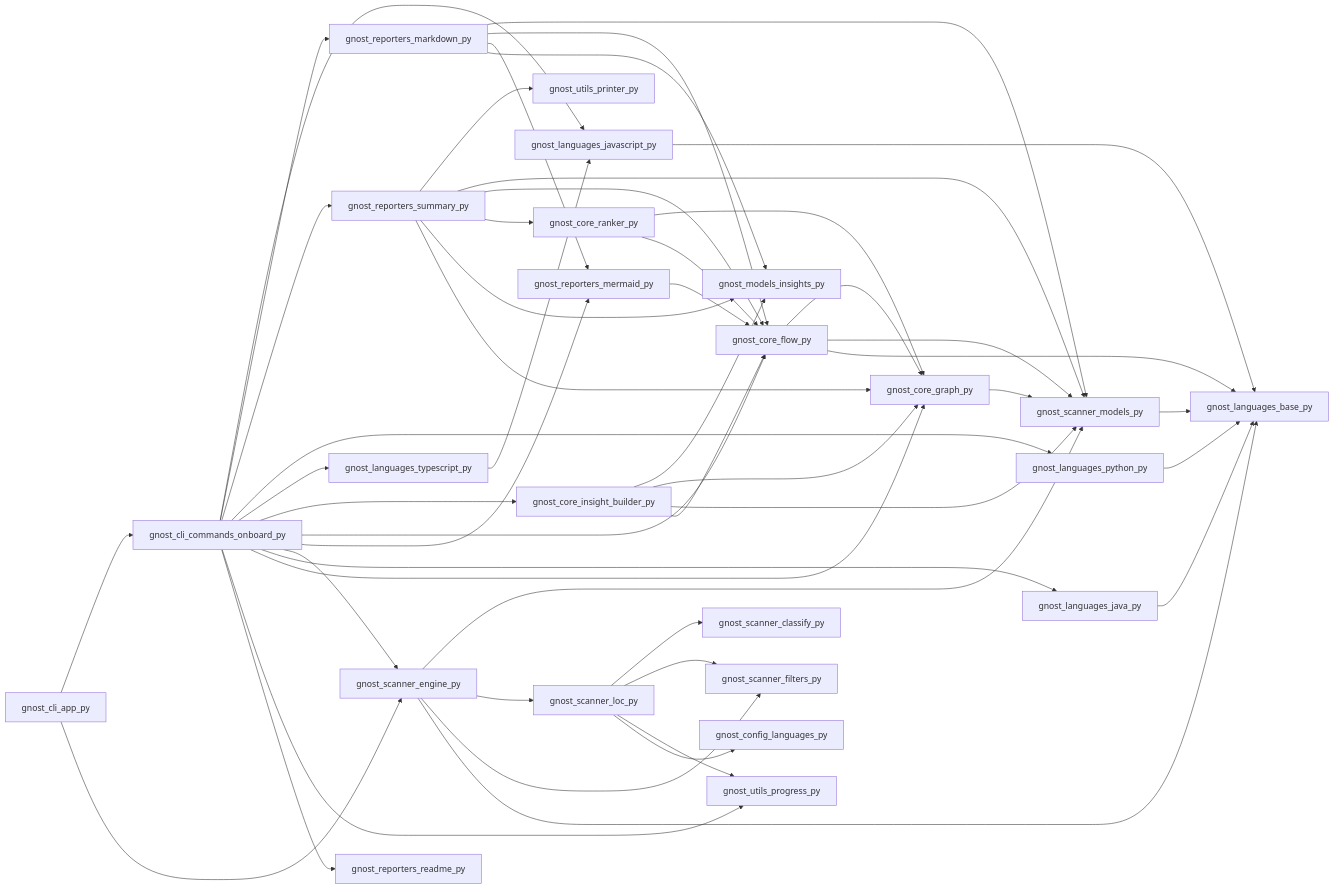
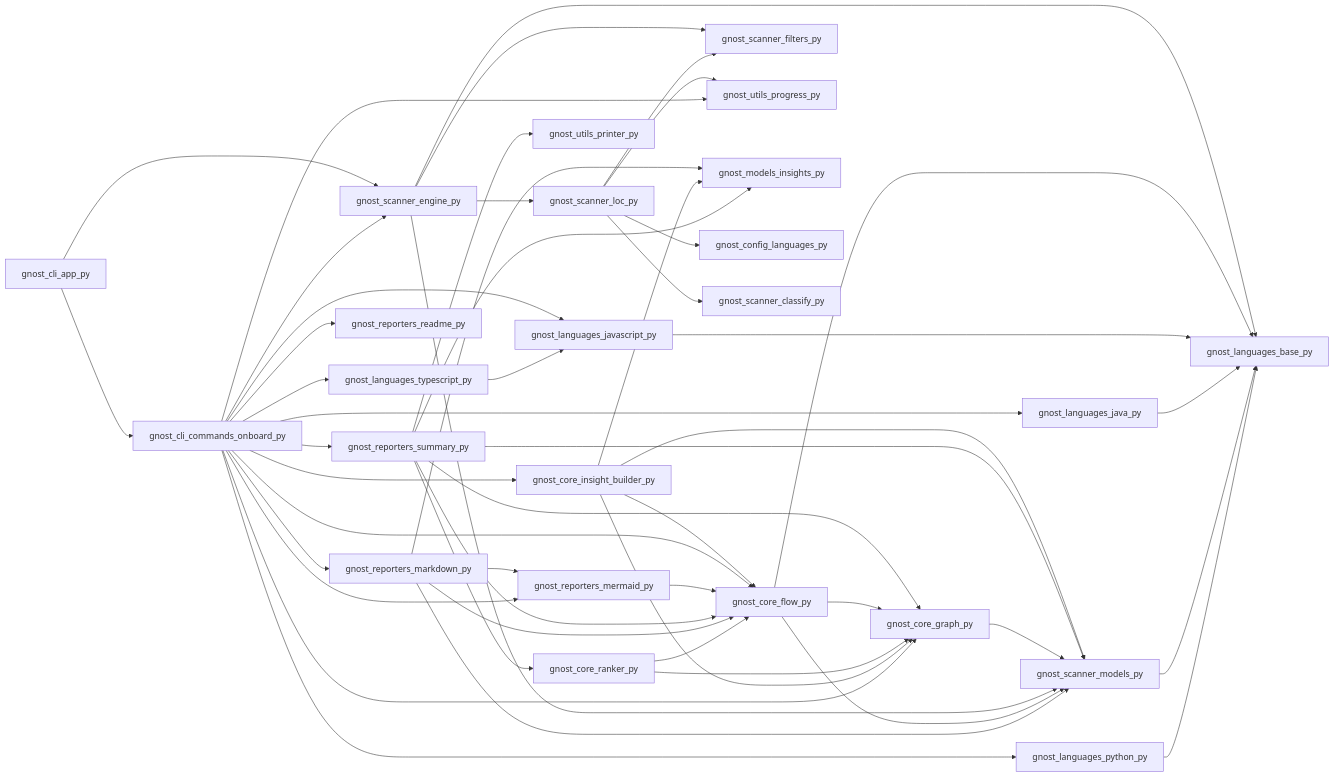
The third of 26 diagrams in flow/folder-paths.md (mohdzain98/gnost), drawn with Mermaid before and after one commit. The commit also changed other lines of this file and 6 other files, not shown here.

````diff
--- a/flow/folder-paths.md
+++ b/flow/folder-paths.md
@@ -83,52 +83,52 @@
 ```mermaid
 flowchart LR
+  gnost_core_insight_builder_py --> gnost_core_flow_py
+  gnost_scanner_engine_py --> gnost_languages_base_py
+  gnost_cli_commands_onboard_py --> gnost_reporters_summary_py
+  gnost_cli_commands_onboard_py --> gnost_languages_java_py
+  gnost_scanner_engine_py --> gnost_scanner_loc_py
+  gnost_cli_commands_onboard_py --> gnost_core_flow_py
+  gnost_reporters_mermaid_py --> gnost_core_flow_py
+  gnost_core_insight_builder_py --> gnost_scanner_models_py
+  gnost_reporters_markdown_py --> gnost_reporters_mermaid_py
+  gnost_cli_app_py --> gnost_scanner_engine_py
   gnost_reporters_summary_py --> gnost_utils_printer_py
+  gnost_reporters_summary_py --> gnost_core_ranker_py
+  gnost_reporters_summary_py --> gnost_core_graph_py
+  gnost_reporters_summary_py --> gnost_core_flow_py
+  gnost_scanner_engine_py --> gnost_scanner_filters_py
+  gnost_cli_commands_onboard_py --> gnost_languages_javascript_py
+  gnost_reporters_summary_py --> gnost_scanner_models_py
+  gnost_core_flow_py --> gnost_languages_base_py
+  gnost_cli_commands_onboard_py --> gnost_reporters_mermaid_py
+  gnost_scanner_loc_py --> gnost_utils_progress_py
+  gnost_languages_javascript_py --> gnost_languages_base_py
   gnost_cli_app_py --> gnost_cli_commands_onboard_py
-  gnost_cli_commands_onboard_py --> gnost_languages_javascript_py
+  gnost_core_graph_py --> gnost_scanner_models_py
+  gnost_languages_java_py --> gnost_languages_base_py
+  gnost_cli_commands_onboard_py --> gnost_utils_progress_py
+  gnost_cli_commands_onboard_py --> gnost_core_insight_builder_py
+  gnost_reporters_markdown_py --> gnost_models_insights_py
+  gnost_scanner_engine_py --> gnost_scanner_models_py
+  gnost_cli_commands_onboard_py --> gnost_reporters_readme_py
+  gnost_core_insight_builder_py --> gnost_models_insights_py
   gnost_core_flow_py --> gnost_core_graph_py
+  gnost_cli_commands_onboard_py --> gnost_languages_python_py
+  gnost_scanner_loc_py --> gnost_scanner_filters_py
+  gnost_scanner_models_py --> gnost_languages_base_py
+  gnost_cli_commands_onboard_py --> gnost_languages_typescript_py
   gnost_cli_commands_onboard_py --> gnost_reporters_markdown_py
-  gnost_reporters_summary_py --> gnost_scanner_models_py
-  gnost_cli_commands_onboard_py --> gnost_reporters_summary_py
-  gnost_scanner_loc_py --> gnost_scanner_classify_py
-  gnost_reporters_summary_py --> gnost_core_flow_py
-  gnost_cli_commands_onboard_py --> gnost_languages_python_py
-  gnost_languages_java_py --> gnost_languages_base_py
+  gnost_cli_commands_onboard_py --> gnost_scanner_engine_py
   gnost_core_ranker_py --> gnost_core_graph_py
-  gnost_cli_commands_onboard_py --> gnost_languages_typescript_py
-  gnost_languages_typescript_py --> gnost_languages_javascript_py
-  gnost_core_insight_builder_py --> gnost_models_insights_py
-  gnost_scanner_loc_py --> gnost_scanner_filters_py
-  gnost_cli_app_py --> gnost_scanner_engine_py
-  gnost_cli_commands_onboard_py --> gnost_core_insight_builder_py
-  gnost_reporters_summary_py --> gnost_core_ranker_py
-  gnost_cli_commands_onboard_py --> gnost_core_flow_py
+  gnost_reporters_markdown_py --> gnost_core_flow_py
+  gnost_scanner_loc_py --> gnost_config_languages_py
   gnost_languages_python_py --> gnost_languages_base_py
-  gnost_languages_javascript_py --> gnost_languages_base_py
-  gnost_cli_commands_onboard_py --> gnost_reporters_mermaid_py
-  gnost_core_insight_builder_py --> gnost_core_graph_py
-  gnost_scanner_engine_py --> gnost_scanner_models_py
   gnost_reporters_summary_py --> gnost_models_insights_py
   gnost_core_flow_py --> gnost_scanner_models_py
-  gnost_scanner_engine_py --> gnost_scanner_loc_py
-  gnost_scanner_loc_py --> gnost_utils_progress_py
-  gnost_cli_commands_onboard_py --> gnost_scanner_engine_py
+  gnost_core_insight_builder_py --> gnost_core_graph_py
+  gnost_scanner_loc_py --> gnost_scanner_classify_py
   gnost_reporters_markdown_py --> gnost_scanner_models_py
-  gnost_cli_commands_onboard_py --> gnost_languages_java_py
-  gnost_scanner_models_py --> gnost_languages_base_py
-  gnost_reporters_summary_py --> gnost_core_graph_py
-  gnost_scanner_loc_py --> gnost_config_languages_py
-  gnost_reporters_markdown_py --> gnost_core_flow_py
+  gnost_languages_typescript_py --> gnost_languages_javascript_py
   gnost_core_ranker_py --> gnost_core_flow_py
-  gnost_scanner_engine_py --> gnost_scanner_filters_py
-  gnost_reporters_markdown_py --> gnost_reporters_mermaid_py
-  gnost_scanner_engine_py --> gnost_languages_base_py
   gnost_cli_commands_onboard_py --> gnost_core_graph_py
-  gnost_core_flow_py --> gnost_languages_base_py
-  gnost_cli_commands_onboard_py --> gnost_utils_progress_py
-  gnost_core_insight_builder_py --> gnost_scanner_models_py
-  gnost_core_insight_builder_py --> gnost_core_flow_py
-  gnost_reporters_markdown_py --> gnost_models_insights_py
-  gnost_cli_commands_onboard_py --> gnost_reporters_readme_py
-  gnost_core_graph_py --> gnost_scanner_models_py
-  gnost_reporters_mermaid_py --> gnost_core_flow_py
 ```
````
